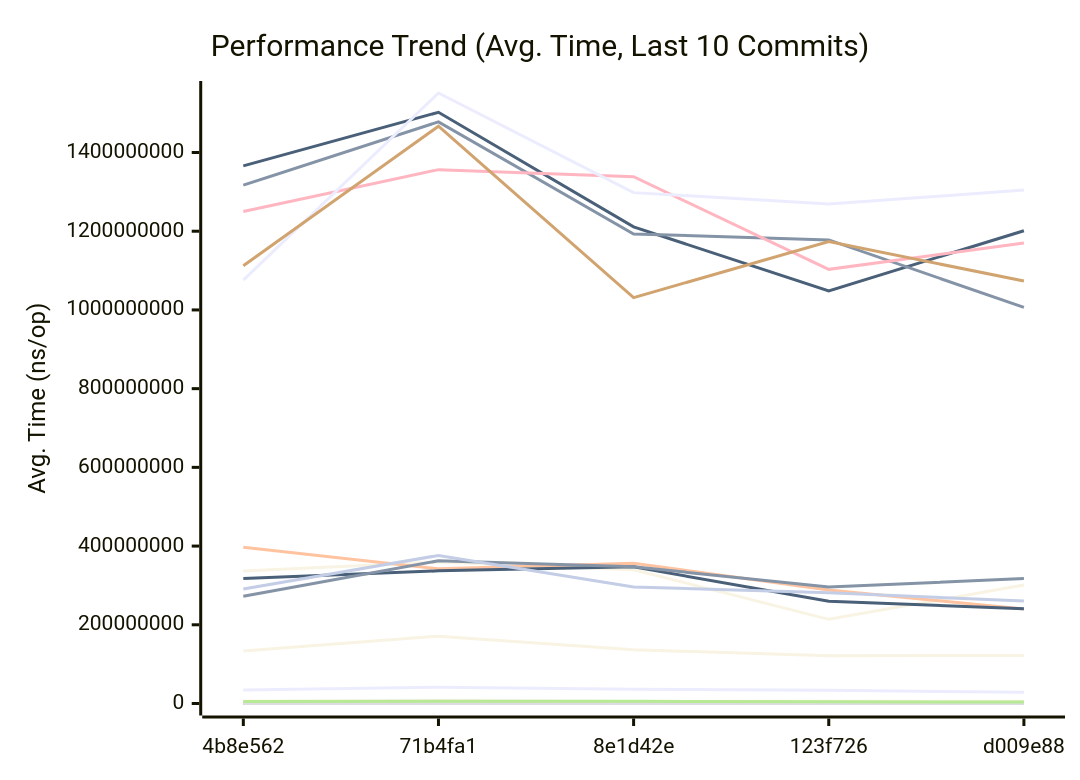
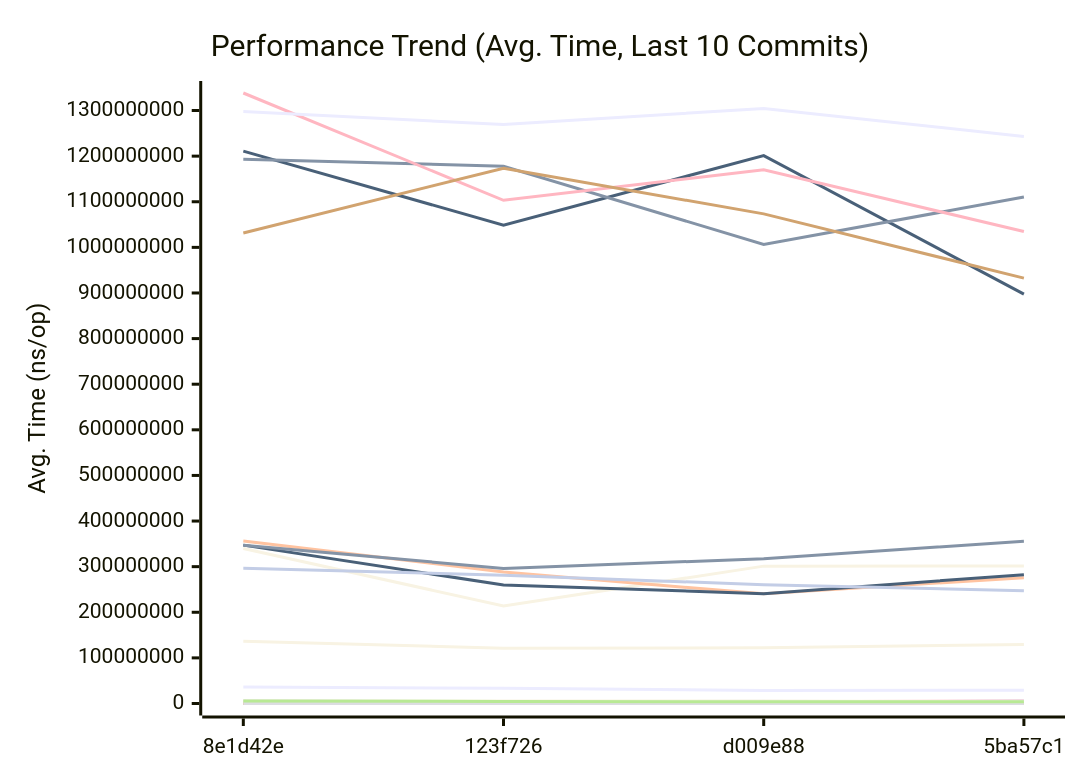
Before and after one commit to alsotoes/momo: the first of 3 diagrams in docs/PERFORMANCE.md, drawn with Mermaid. The commit also changed other lines of this file and 1 other file, not shown here.

````diff
--- a/docs/PERFORMANCE.md
+++ b/docs/PERFORMANCE.md
@@ -260,44 +260,44 @@
 ```mermaid
 xychart-beta
     title "Performance Trend (Avg. Time, Last 10 Commits)"
     x-axis "Commit"
     y-axis "Avg. Time (ns/op)"
-    x-axis [4b8e562,71b4fa1,8e1d42e,123f726,d009e88]
-    line "AWSChunkedReaderSigned" [582789,741042,596016,541759,554800,615254,528737,564386,758672,413086]
-    line "AWSChunkedReaderUnsigned" [580668,721611,624951,521049,581740,507516,587797,593238,672192,414070]
-    line "CheckMetricsAndSwap" [9,14,13,11,12,11,10,13,15,8]
-    line "CrushOptimized" [484,492,487,522,363,426,455,372,348,300]
-    line "CrushOriginal" [641,734,697,658,647,700,629,670,500,425]
-    line "FormatListObjectsV2XML_AppendFormat" [993577,1117129,928365,977381,898486,862695,851540,926975,915187,583023]
-    line "FormatListObjectsV2XML_OldFormat" [530555,661534,521514,565611,503389,497195,517753,571332,678624,365879]
-    line "HashBytes/1MiB" [4596495,5621676,4965423,4315588,3618889,5475294,4458201,5002278,3553145,3949669]
-    line "HashBytes/256MiB" [1365990323,1502178110,1211052717,1048575116,1201286487,897333718,1207294588,1184745180,1044551719,953557308]
-    line "HashBytes/64MiB" [336895373,359262045,339981640,213869807,301162837,301221390,345018440,277796866,225326458,239330627]
-    line "HashFile/1MiB" [4960660,5725417,5039192,3960989,4760647,3647035,4734519,4310666,4389479,3364281]
-    line "HashFile/256MiB" [1316970291,1477907273,1193078064,1177833636,1006415705,1110450496,1224080744,1231037862,1035601414,793044431]
-    line "HashFile/64MiB" [397283922,342325433,356293580,288277413,240359009,275852870,300686574,287252666,248823362,200009250]
-    line "IndexDirectTracking" [1,1,0,0,0,0,1,1,1,0]
-    line "IndexSearch" [2,3,2,2,2,2,2,2,3,2]
-    line "LastModifiedHeader_AppendFormat" [273,377,411,306,291,280,241,335,327,200]
-    line "LastModifiedHeader_Format" [359,474,418,381,345,360,407,375,540,279]
-    line "LoadGlobalConfig" [14343,16534,15639,12955,12190,11396,14415,13002,10458,9205]
-    line "LocalWrite/1MiB" [515217,653242,620492,558337,524282,489792,546231,429345,817681,719361]
-    line "LocalWrite/256MiB" [133129249,171131397,136595670,121311016,122106179,129421555,120328176,124110973,158044809,120298309]
-    line "LocalWrite/64MiB" [34587683,41271450,35901035,33613673,28590856,29289820,30438473,30969681,34833751,27951923]
-    line "PadString" [85,78,64,59,66,60,55,62,58,41]
+    x-axis [8e1d42e,123f726,d009e88,5ba57c1]
+    line "AWSChunkedReaderSigned" [596016,541759,554800,615254,528737,564386,758672,413086,397685,535625]
+    line "AWSChunkedReaderUnsigned" [624951,521049,581740,507516,587797,593238,672192,414070,405982,479460]
+    line "CheckMetricsAndSwap" [13,11,12,11,10,13,15,8,7,10]
+    line "CrushOptimized" [487,522,363,426,455,372,348,300,328,320]
+    line "CrushOriginal" [697,658,647,700,629,670,500,425,443,407]
+    line "FormatListObjectsV2XML_AppendFormat" [928365,977381,898486,862695,851540,926975,915187,583023,566690,627648]
+    line "FormatListObjectsV2XML_OldFormat" [521514,565611,503389,497195,517753,571332,678624,365879,366636,408457]
+    line "HashBytes/1MiB" [4965423,4315588,3618889,5475294,4458201,5002278,3553145,3949669,3443981,3592333]
+    line "HashBytes/256MiB" [1211052717,1048575116,1201286487,897333718,1207294588,1184745180,1044551719,953557308,880098861,925707610]
+    line "HashBytes/64MiB" [339981640,213869807,301162837,301221390,345018440,277796866,225326458,239330627,209418782,242948441]
+    line "HashFile/1MiB" [5039192,3960989,4760647,3647035,4734519,4310666,4389479,3364281,3842035,3350950]
+    line "HashFile/256MiB" [1193078064,1177833636,1006415705,1110450496,1224080744,1231037862,1035601414,793044431,881918242,1015211606]
+    line "HashFile/64MiB" [356293580,288277413,240359009,275852870,300686574,287252666,248823362,200009250,249484580,207167851]
+    line "IndexDirectTracking" [0,0,0,0,1,1,1,0,0,0]
+    line "IndexSearch" [2,2,2,2,2,2,3,2,2,2]
+    line "LastModifiedHeader_AppendFormat" [411,306,291,280,241,335,327,200,185,228]
+    line "LastModifiedHeader_Format" [418,381,345,360,407,375,540,279,262,285]
+    line "LoadGlobalConfig" [15639,12955,12190,11396,14415,13002,10458,9205,9952,8921]
+    line "LocalWrite/1MiB" [620492,558337,524282,489792,546231,429345,817681,719361,445767,431598]
+    line "LocalWrite/256MiB" [136595670,121311016,122106179,129421555,120328176,124110973,158044809,120298309,94142106,100079806]
+    line "LocalWrite/64MiB" [35901035,33613673,28590856,29289820,30438473,30969681,34833751,27951923,24072639,25874779]
+    line "PadString" [64,59,66,60,55,62,58,41,57,53]
     line "ParseReplicationOrder_NoPrealloc" [350,349,357,354,345,225,229,165,232,234]
     line "ParseReplicationOrder_Prealloc" [229,231,237,234,229,108,107,80,110,109]
-    line "Placement" [7230,7696,7054,7086,6141,6119,7125,6310,5825,4876]
-    line "PlacementDomainSpread" [7769,8677,7666,6917,6176,5740,6962,6385,6405,5139]
-    line "ReadVerify/1MiB" [3976066,5316396,4787467,3900770,3383659,5081549,5082713,4903321,6081724,3136229]
-    line "ReadVerify/256MiB" [1249941171,1356438969,1338425672,1103105249,1170100253,1034709963,1126615995,955370931,1411104961,1000738329]
-    line "ReadVerify/64MiB" [317667291,337069645,347180139,259882135,240879749,282446554,308997294,315121783,335838061,214326196]
-    line "S3PutSpool/1MiB" [5572982,6149011,5304842,5592080,5587762,4022819,5065293,4750326,6562486,3791252]
-    line "S3PutSpool/256MiB" [1075603816,1551204244,1298058993,1269281522,1304442018,1243287804,1504779272,1226604254,1140637754,1085496919]
-    line "S3PutSpool/64MiB" [272526470,362667390,347153910,296132654,317372640,355710496,276642924,271159852,378241377,245496530]
-    line "SanitizeLog/Safe" [301,419,341,309,277,263,246,286,286,227]
-    line "SanitizeLog/Unsafe" [1021,1210,1000,1005,1021,917,915,1036,1495,681]
-    line "TrustedRead/1MiB" [5277115,5559663,5638483,4655498,3708543,3570428,4694929,4495398,3669866,3527534]
-    line "TrustedRead/256MiB" [1112381854,1466748131,1031346576,1173571296,1073394044,932638111,1071768789,1012880474,1648511504,887056660]
-    line "TrustedRead/64MiB" [291068280,376225072,296255358,281349472,260468873,247394092,261716002,251602823,338500502,217741152]
+    line "Placement" [7054,7086,6141,6119,7125,6310,5825,4876,5168,4621]
+    line "PlacementDomainSpread" [7666,6917,6176,5740,6962,6385,6405,5139,5453,5023]
+    line "ReadVerify/1MiB" [4787467,3900770,3383659,5081549,5082713,4903321,6081724,3136229,3798416,3596845]
+    line "ReadVerify/256MiB" [1338425672,1103105249,1170100253,1034709963,1126615995,955370931,1411104961,1000738329,803259188,883417974]
+    line "ReadVerify/64MiB" [347180139,259882135,240879749,282446554,308997294,315121783,335838061,214326196,232435503,273582930]
+    line "S3PutSpool/1MiB" [5304842,5592080,5587762,4022819,5065293,4750326,6562486,3791252,4349655,4494504]
+    line "S3PutSpool/256MiB" [1298058993,1269281522,1304442018,1243287804,1504779272,1226604254,1140637754,1085496919,1054828608,1041459785]
+    line "S3PutSpool/64MiB" [347153910,296132654,317372640,355710496,276642924,271159852,378241377,245496530,292024160,277039985]
+    line "SanitizeLog/Safe" [341,309,277,263,246,286,286,227,233,295]
+    line "SanitizeLog/Unsafe" [1000,1005,1021,917,915,1036,1495,681,684,922]
+    line "TrustedRead/1MiB" [5638483,4655498,3708543,3570428,4694929,4495398,3669866,3527534,3390683,4063744]
+    line "TrustedRead/256MiB" [1031346576,1173571296,1073394044,932638111,1071768789,1012880474,1648511504,887056660,864337055,941546678]
+    line "TrustedRead/64MiB" [296255358,281349472,260468873,247394092,261716002,251602823,338500502,217741152,228835469,245169178]
 ```
````
